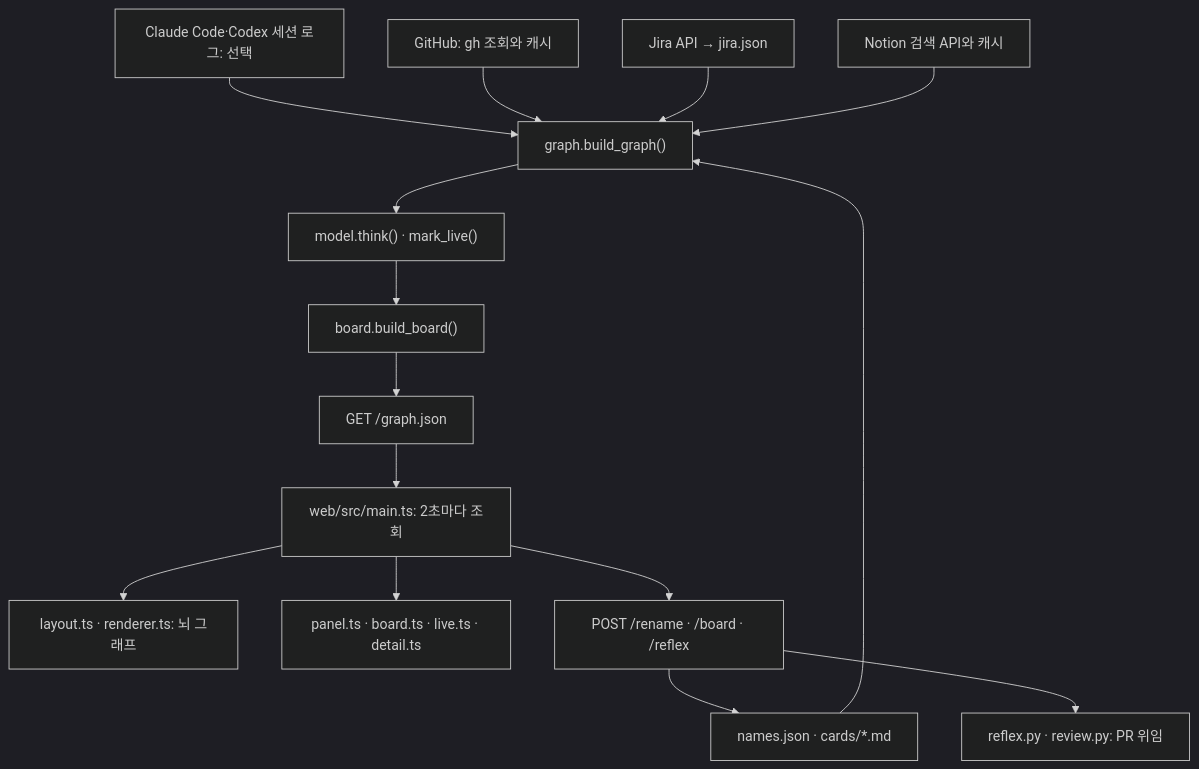
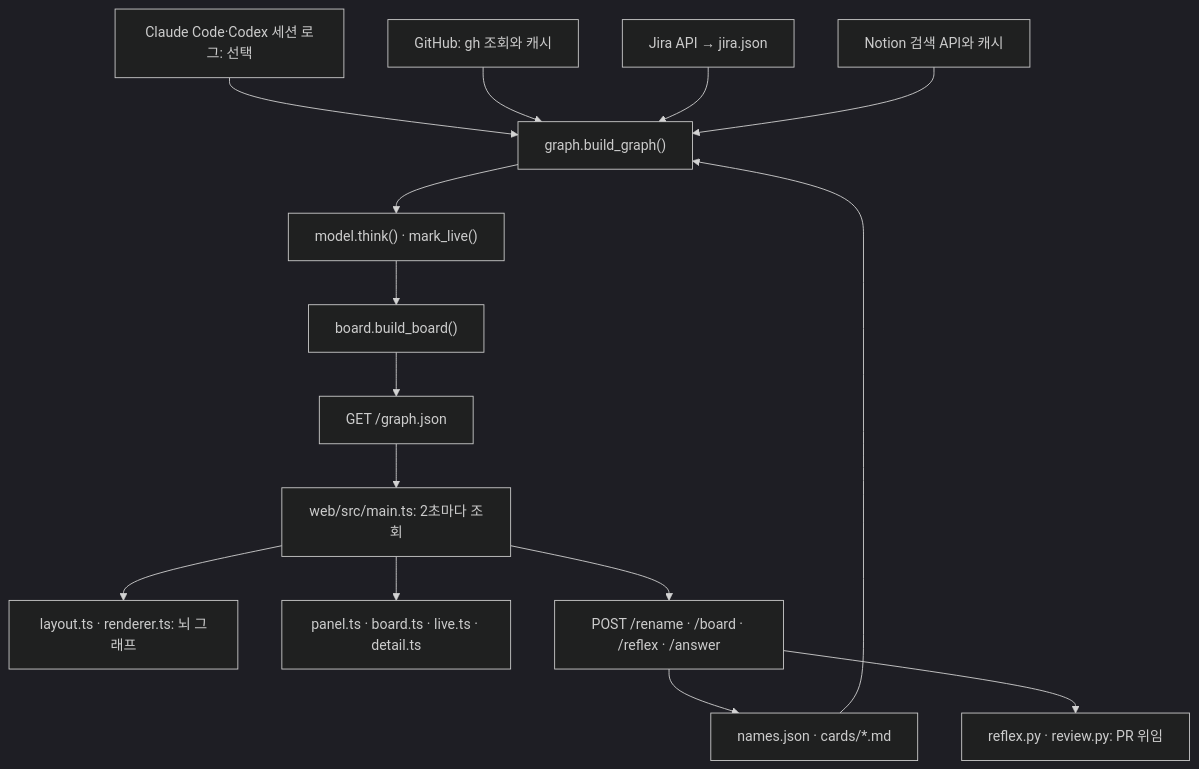
Before and after one commit to choiahrok/thync: the diagram in docs/architecture.md, drawn with Mermaid (dark theme). The commit also changed other lines of this file and 15 other files, not shown here.

````diff
--- a/docs/architecture.md
+++ b/docs/architecture.md
@@ -20,17 +20,17 @@
 ```mermaid
 flowchart TD
     Claude["Claude Code·Codex 세션 로그: 선택"] --> Graph["graph.build_graph()"]
     GitHub["GitHub: gh 조회와 캐시"] --> Graph
     Jira["Jira API → jira.json"] --> Graph
     Notion["Notion 검색 API와 캐시"] --> Graph
     Store["names.json · cards/*.md"] --> Graph
     Graph --> Model["model.think() · mark_live()"]
     Model --> Board["board.build_board()"]
     Board --> API["GET /graph.json"]
     API --> Main["web/src/main.ts: 2초마다 조회"]
     Main --> Layout["layout.ts · renderer.ts: 뇌 그래프"]
     Main --> Views["panel.ts · board.ts · live.ts · detail.ts"]
-    Main --> Write["POST /rename · /board · /reflex"]
+    Main --> Write["POST /rename · /board · /reflex · /answer"]
     Write --> Store
     Write --> Reflex["reflex.py · review.py: PR 위임"]
 ```
````
